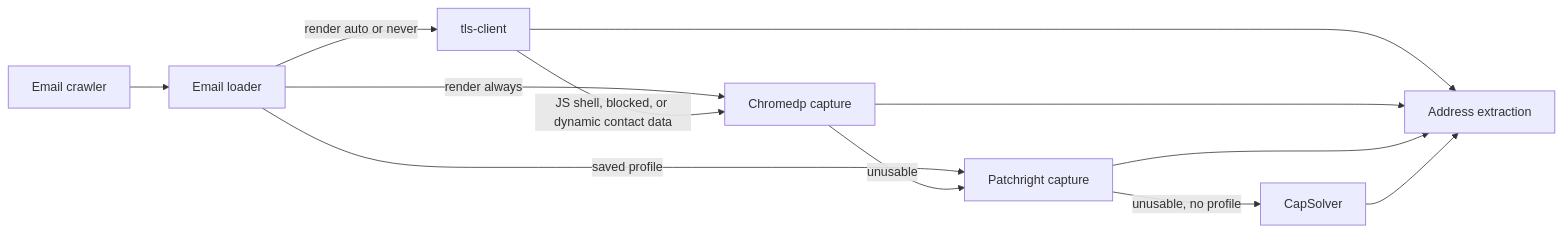
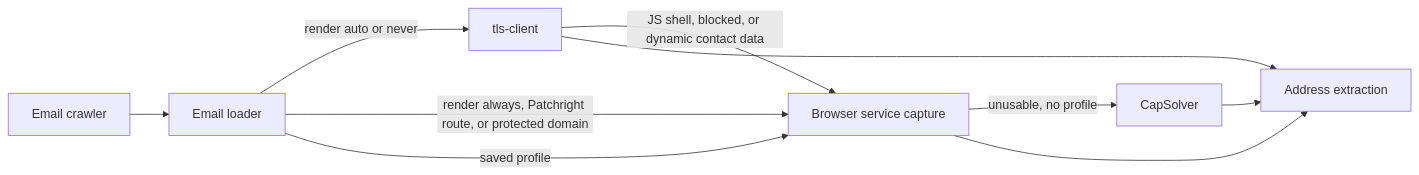
One commit to simonbalfe/pagelode changed the eighth of 8 diagrams in docs/architecture.md. Above: the diagram before and after it, drawn with Mermaid. The commit also changed other lines of this file and 12 other files, not shown here.

First line of the commit message:
Document the single browser service

````diff
--- a/docs/architecture.md
+++ b/docs/architecture.md
@@ -287,14 +280,12 @@
 ```mermaid
 flowchart LR
     Crawl[Email crawler] --> Loader[Email loader]
     Loader -->|render auto or never| HTTP[tls-client]
-    Loader -->|render always| Chromedp[Chromedp capture]
-    Loader -->|saved profile| Patchright[Patchright capture]
-    HTTP -->|JS shell, blocked, or dynamic contact data| Chromedp
-    Chromedp -->|unusable| Patchright
+    Loader -->|"render always, Patchright route, or protected domain"| Patchright[Browser service capture]
+    Loader -->|saved profile| Patchright
+    HTTP -->|JS shell, blocked, or dynamic contact data| Patchright
     Patchright -->|unusable, no profile| Solver[CapSolver]
     HTTP --> Extract[Address extraction]
-    Chromedp --> Extract
     Patchright --> Extract
     Solver --> Extract
 ```
````
